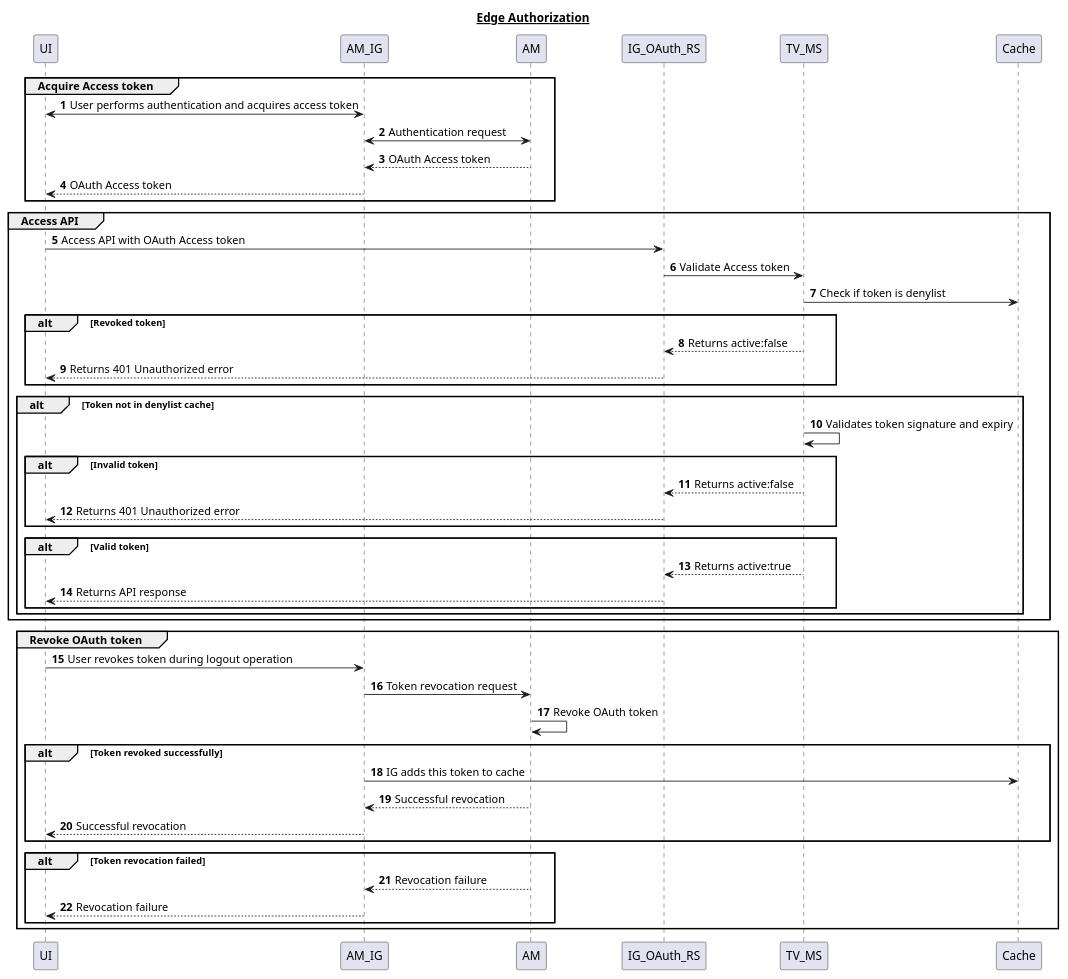
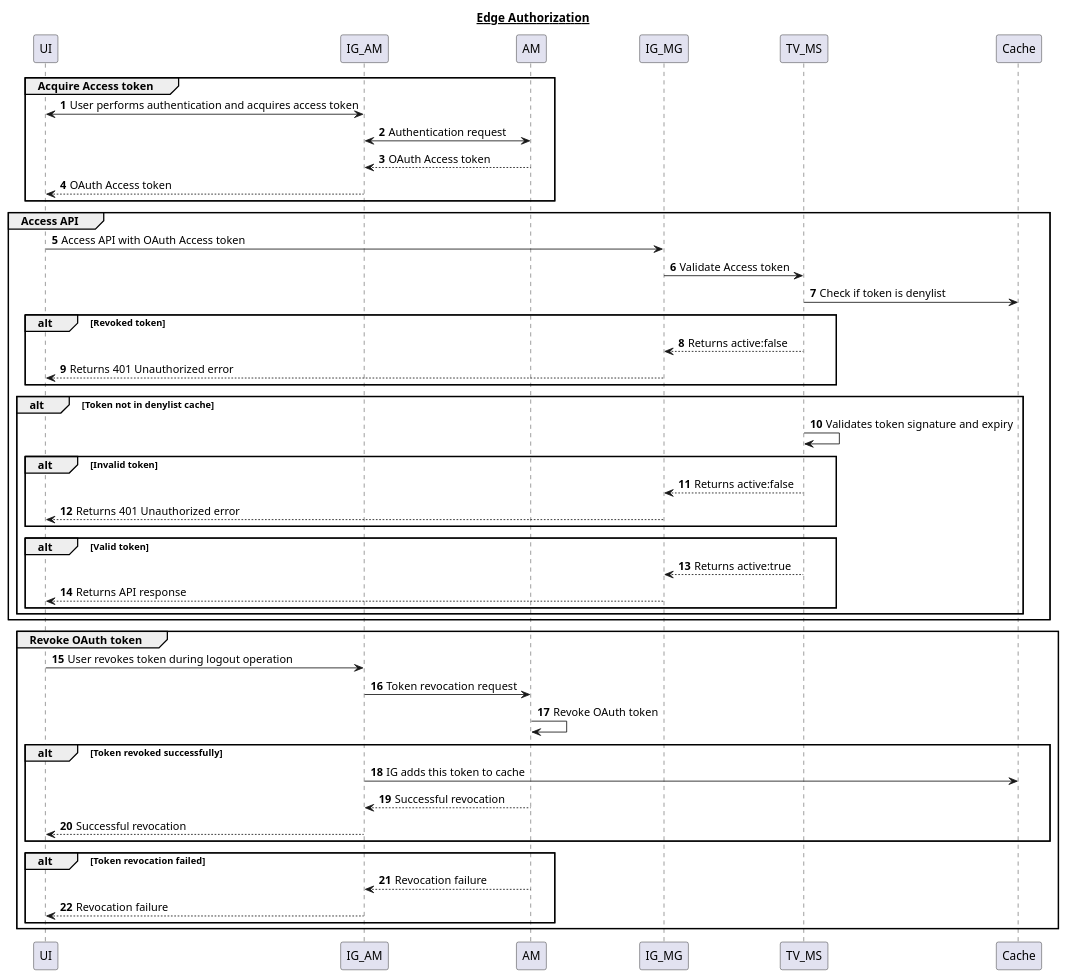
The diagram in diagrams/EdgeAuthzSequence.puml (CharanMann/EdgeAuthz-TokenValidation), drawn with PlantUML before and after one commit. The commit also changed 9 other files, not shown here.

```diff
--- a/diagrams/EdgeAuthzSequence.puml
+++ b/diagrams/EdgeAuthzSequence.puml
@@ -1,48 +1,48 @@
 @startuml
 title __Edge Authorization__
 autonumber
 
 group Acquire Access token
-UI<->AM_IG: User performs authentication and acquires access token
-AM_IG<->AM: Authentication request
-AM-->AM_IG: OAuth Access token
-AM_IG-->UI: OAuth Access token
+UI<->IG_AM: User performs authentication and acquires access token
+IG_AM<->AM: Authentication request
+AM-->IG_AM: OAuth Access token
+IG_AM-->UI: OAuth Access token
 end
 
 group Access API
-UI->IG_OAuth_RS: Access API with OAuth Access token
-IG_OAuth_RS->TV_MS: Validate Access token
+UI->IG_MG: Access API with OAuth Access token
+IG_MG->TV_MS: Validate Access token
 TV_MS->Cache: Check if token is denylist
 alt Revoked token
-TV_MS-->IG_OAuth_RS: Returns active:false
-IG_OAuth_RS-->UI: Returns 401 Unauthorized error
+TV_MS-->IG_MG: Returns active:false
+IG_MG-->UI: Returns 401 Unauthorized error
 end
 alt Token not in denylist cache
 TV_MS->TV_MS: Validates token signature and expiry
 alt Invalid token
-TV_MS-->IG_OAuth_RS: Returns active:false
-IG_OAuth_RS-->UI: Returns 401 Unauthorized error
+TV_MS-->IG_MG: Returns active:false
+IG_MG-->UI: Returns 401 Unauthorized error
 end
 alt Valid token
-TV_MS-->IG_OAuth_RS: Returns active:true
-IG_OAuth_RS-->UI: Returns API response
+TV_MS-->IG_MG: Returns active:true
+IG_MG-->UI: Returns API response
 end
 end
 end
 
 group Revoke OAuth token
-UI->AM_IG: User revokes token during logout operation
-AM_IG->AM: Token revocation request
+UI->IG_AM: User revokes token during logout operation
+IG_AM->AM: Token revocation request
 AM->AM: Revoke OAuth token
 alt Token revoked successfully
-AM_IG->Cache: IG adds this token to cache
-AM-->AM_IG: Successful revocation
-AM_IG-->UI: Successful revocation
+IG_AM->Cache: IG adds this token to cache
+AM-->IG_AM: Successful revocation
+IG_AM-->UI: Successful revocation
 end
 alt Token revocation failed
-AM-->AM_IG: Revocation failure
-AM_IG-->UI: Revocation failure
+AM-->IG_AM: Revocation failure
+IG_AM-->UI: Revocation failure
 end
 end
 
 @enduml
```
